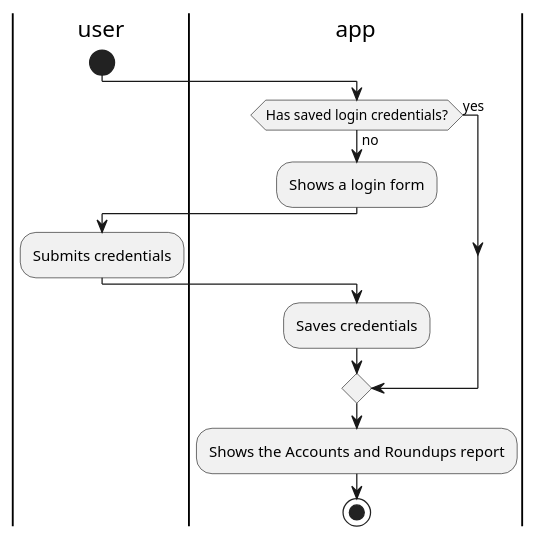
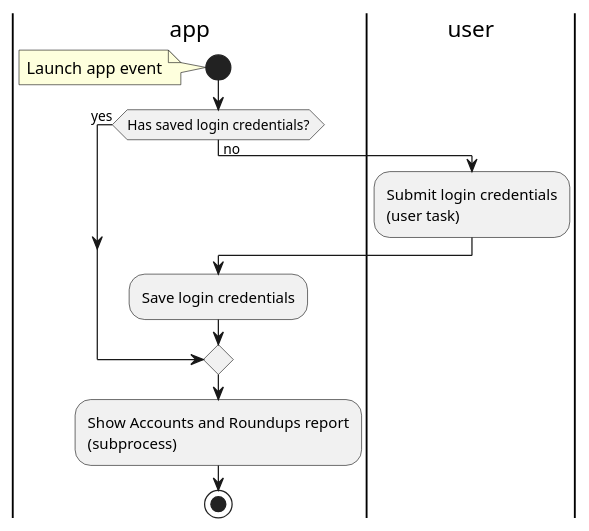
One commit to hristo-stefanov/MiniBankingDemo changed the diagram in diagrams/Startup Activity Diagram.puml. Above: the diagram before and after it, drawn with PlantUML. The commit also changed 10 other files, not shown here.

```diff
--- a/diagrams/Startup Activity Diagram.puml
+++ b/diagrams/Startup Activity Diagram.puml
@@ -1,17 +1,21 @@
 @startuml
 'https://plantuml.com/activity-diagram-beta
-|user|
+|app|
 start
-|app|
+note left
+Launch app event
+end note
 if (Has saved login credentials?) then (yes)
 else (no)
-    :Shows a login form;
     |user|
-    :Submits credentials;
+    :Submit login credentials
+    (user task);
     |app|
-    :Saves credentials;
+    :Save login credentials;
 endif
-    :Shows the Accounts and Roundups report;
+    :Show Accounts and Roundups report
+    (subprocess);
+
 stop
 
 @enduml
```
